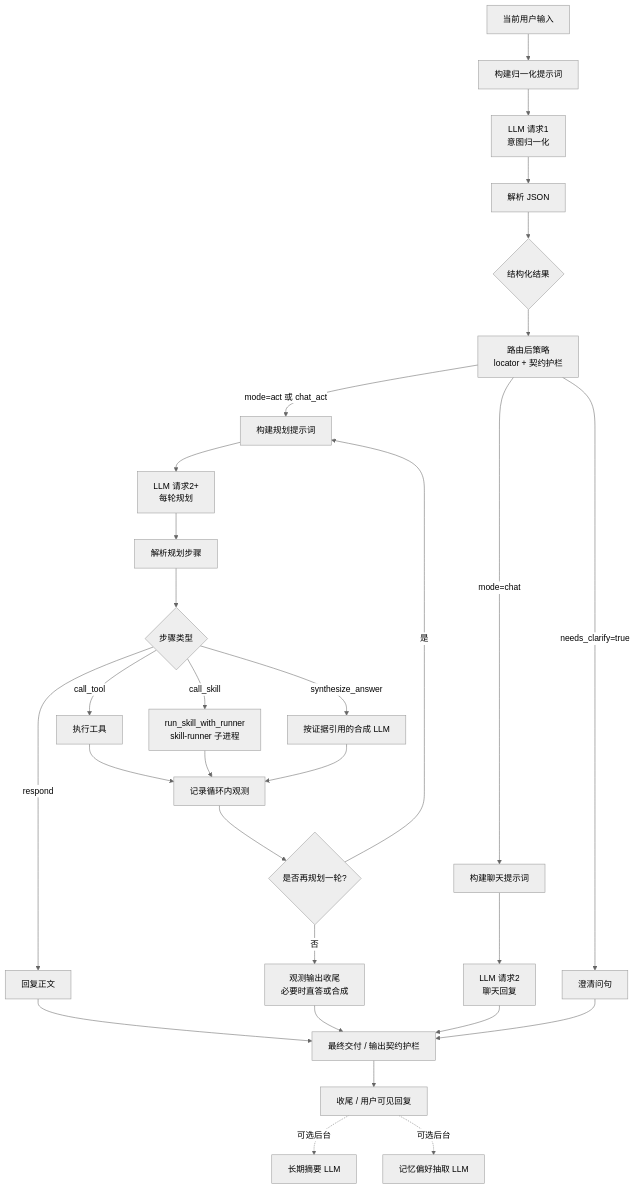
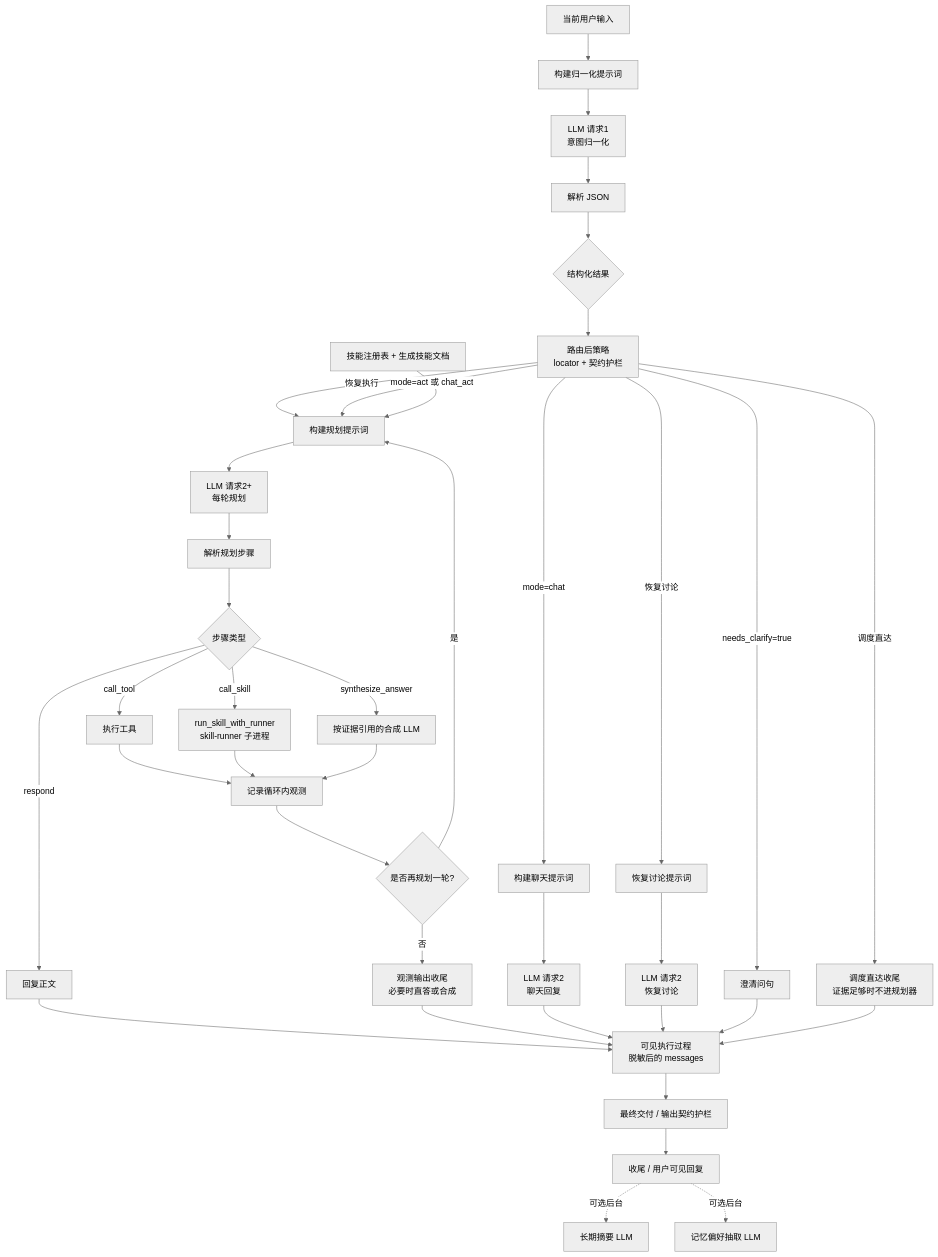
Before and after one commit to MatrixCoreX/RustClaw: the second of 2 diagrams in README.zh-CN.md, drawn with Mermaid (neutral theme). The commit also changed other lines of this file and 6 other files, not shown here.

````diff
--- a/README.zh-CN.md
+++ b/README.zh-CN.md
@@ -80,32 +91,40 @@
 ```mermaid
 flowchart TD
     A[当前用户输入] --> B[构建归一化提示词]
     B --> C[LLM 请求1<br/>意图归一化]
     C --> D[解析 JSON]
     D --> E{结构化结果}
     E --> E2[路由后策略<br/>locator + 契约护栏]
+    E2 -->|调度直达| Fs[调度直达收尾<br/>证据足够时不进规划器]
+    E2 -->|恢复讨论| Fr[恢复讨论提示词]
+    E2 -->|恢复执行| H
     E2 -->|needs_clarify=true| F[澄清问句]
     E2 -->|mode=chat| G[构建聊天提示词]
     E2 -->|mode=act 或 chat_act| H[构建规划提示词]
+    SK[技能注册表 + 生成技能文档] --> H
     G --> Ic[LLM 请求2<br/>聊天回复]
+    Fr --> Ir[LLM 请求2<br/>恢复讨论]
     H --> Ip[LLM 请求2+<br/>每轮规划]
     Ip --> J[解析规划步骤]
     J --> K{步骤类型}
     K -->|respond| L[回复正文]
     K -->|call_tool| M[执行工具]
     K -->|call_skill| Ms[run_skill_with_runner<br/>skill-runner 子进程]
     K -->|synthesize_answer| N[按证据引用的合成 LLM]
     M --> O[记录循环内观测]
     Ms --> O
     N --> O
     O --> P{是否再规划一轮?}
     P -->|是| H
     P -->|否| Q[观测输出收尾<br/>必要时直答或合成]
-    L --> R[最终交付 / 输出契约护栏]
-    Q --> R
-    Ic --> R
-    F --> R
+    L --> VP[可见执行过程<br/>脱敏后的 messages]
+    Q --> VP
+    Ic --> VP
+    Ir --> VP
+    F --> VP
+    Fs --> VP
+    VP --> R[最终交付 / 输出契约护栏]
     R --> S[收尾 / 用户可见回复]
     S -. 可选后台 .-> T[长期摘要 LLM]
     S -. 可选后台 .-> U[记忆偏好抽取 LLM]
 ```
````
